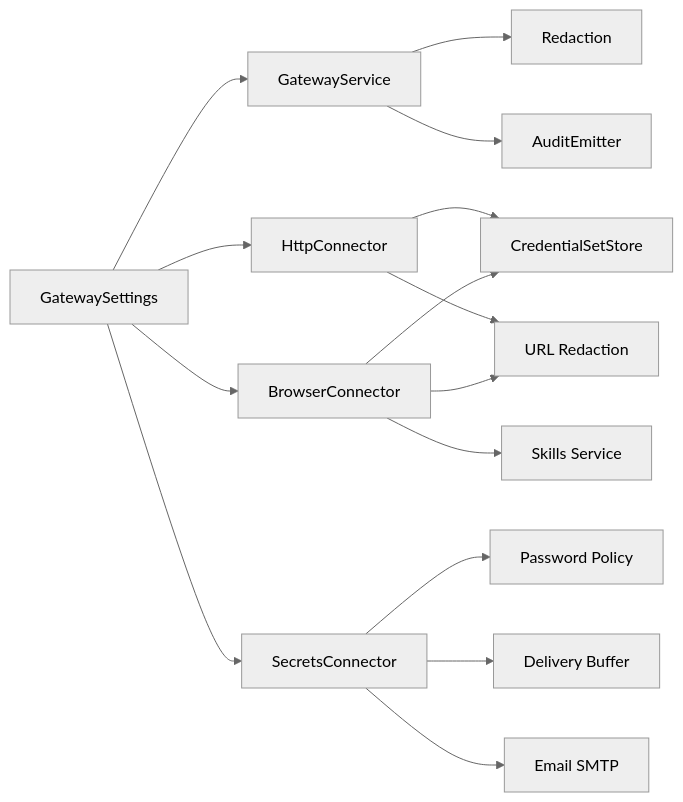
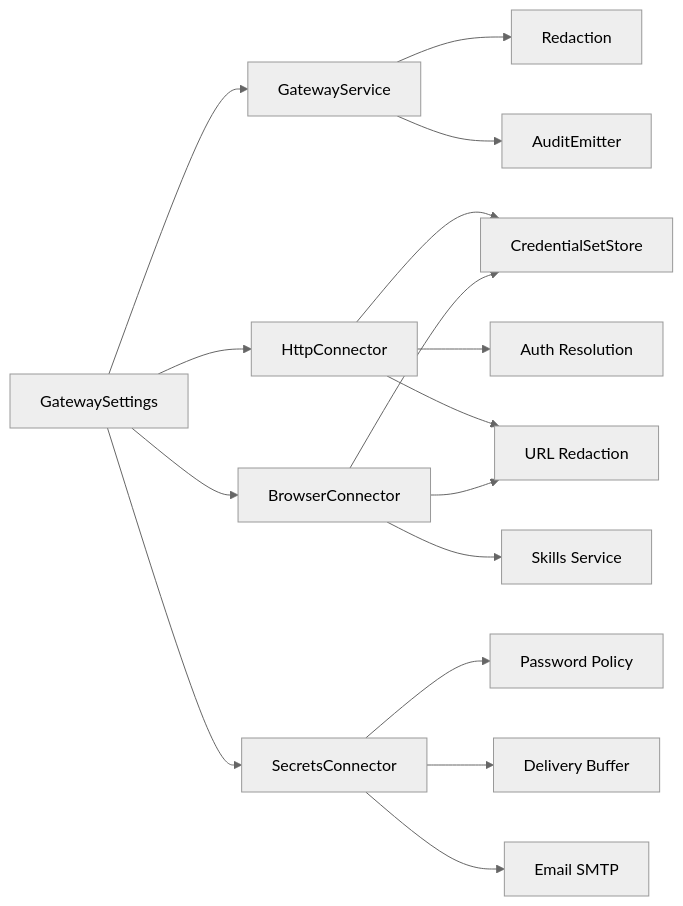
Before and after one commit to alainlei/luban-aiops: diagram 13 of 13 in .qoder/repowiki/en/content/Core Services/Tool Gateway/Credential Management and Security.md, drawn with Mermaid (neutral theme). The commit also changed other lines of this file and 93 other files, not shown here.

````diff
--- a/.qoder/repowiki/en/content/Core Services/Tool Gateway/Credential Management and Security.md
+++ b/.qoder/repowiki/en/content/Core Services/Tool Gateway/Credential Management and Security.md
@@ -538,17 +670,18 @@
 ```mermaid
 graph LR
 CFG["GatewaySettings"] --> GW["GatewayService"]
 CFG --> HC["HttpConnector"]
 CFG --> BC["BrowserConnector"]
 CFG --> SC["SecretsConnector"]
 HC --> CS["CredentialSetStore"]
+HC --> AR["Auth Resolution"]
 HC --> UR["URL Redaction"]
 BC --> CS
 BC --> UR
 SC --> PP["Password Policy"]
 SC --> DB["Delivery Buffer"]
 SC --> EM["Email SMTP"]
 GW --> RED["Redaction"]
 GW --> AUD["AuditEmitter"]
 BC --> SKILLS["Skills Service"]
 ```
````
